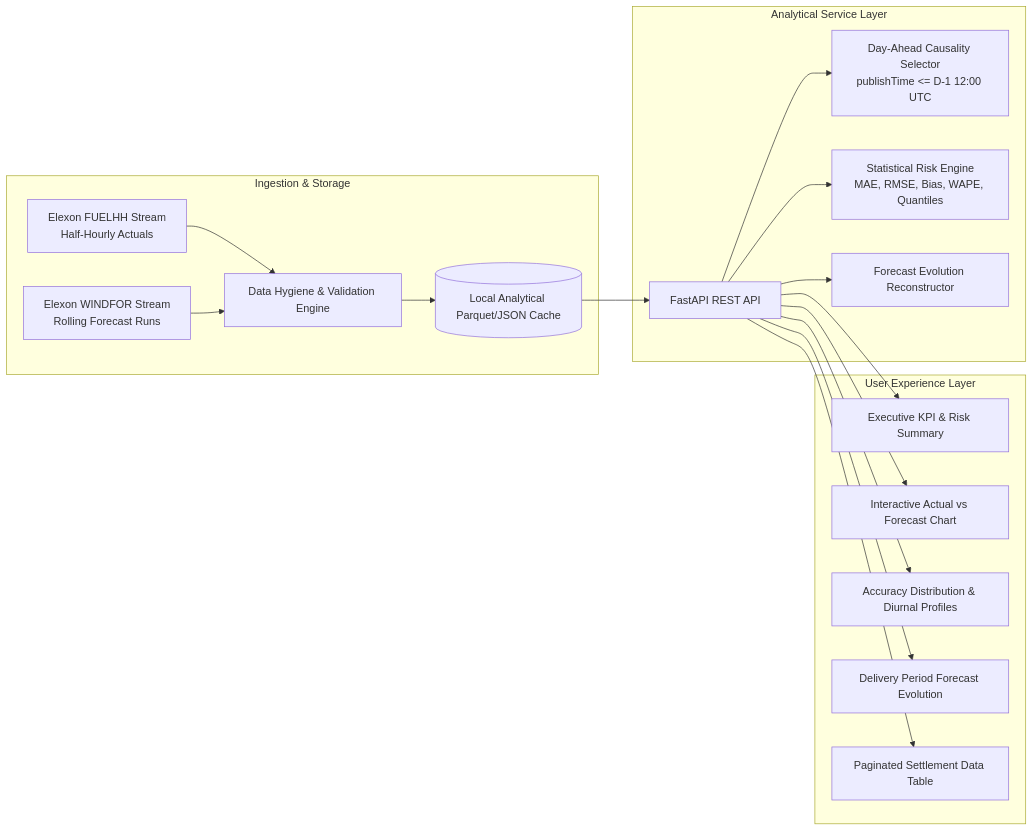
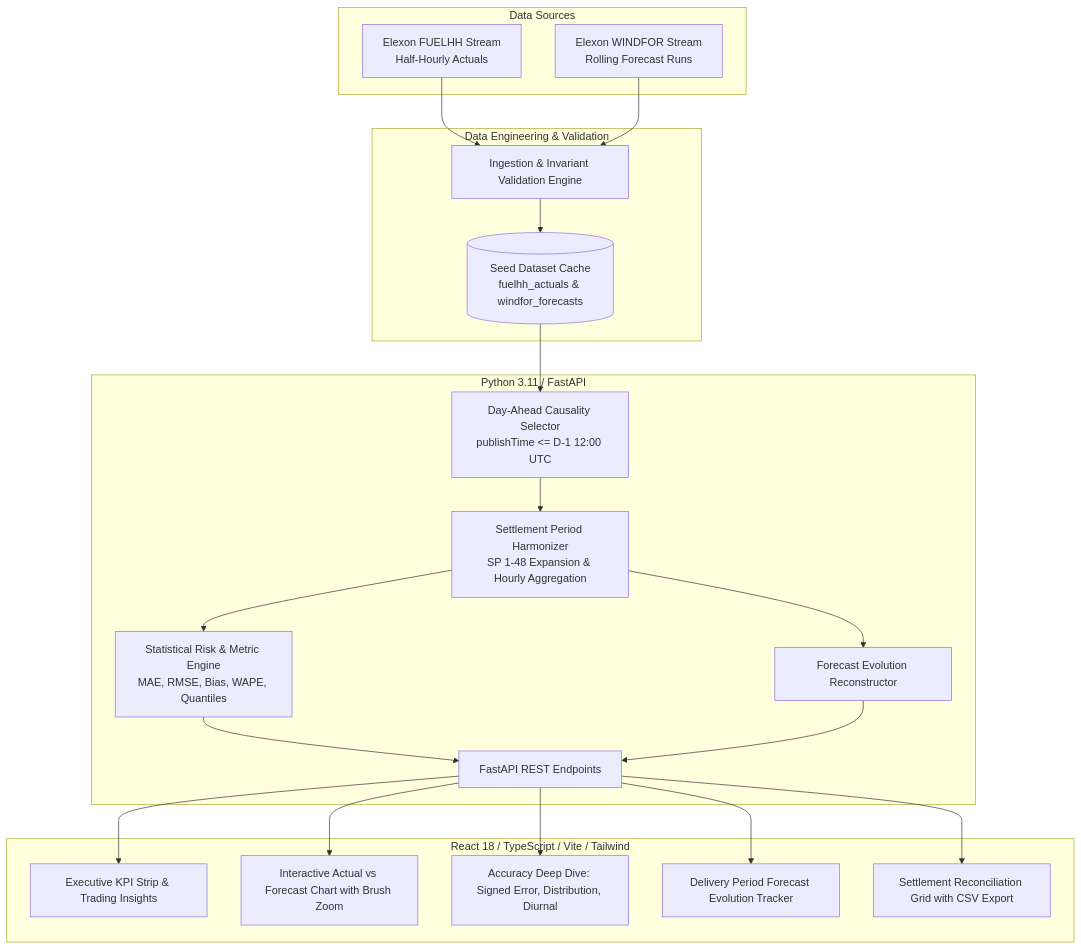
Before and after one commit to viveksingh31722/REint_Energy_Dashboard: the diagram in README.md, drawn with Mermaid. The commit also changed other lines of this file, not shown here.

Commit message:
docs: finalize comprehensive production README with architecture, formulas, and 10-min demo script

````diff
--- a/README.md
+++ b/README.md
@@ -32,23 +34,29 @@
 ```mermaid
-flowchart LR
-    subgraph Ingestion & Storage
-        E1[Elexon FUELHH Stream<br/>Half-Hourly Actuals] --> P1[Data Hygiene & Validation Engine]
-        E2[Elexon WINDFOR Stream<br/>Rolling Forecast Runs] --> P1
-        P1 --> D1[(Local Analytical Parquet/JSON Cache)]
+flowchart TD
+    subgraph Data Sources
+        E1[Elexon FUELHH Stream<br/>Half-Hourly Actuals]
+        E2[Elexon WINDFOR Stream<br/>Rolling Forecast Runs]
     end
 
-    subgraph Analytical Service Layer
-        D1 --> A1[FastAPI REST API]
-        A1 --> M1[Day-Ahead Causality Selector<br/>publishTime <= D-1 12:00 UTC]
-        A1 --> M2[Statistical Risk Engine<br/>MAE, RMSE, Bias, WAPE, Quantiles]
-        A1 --> M3[Forecast Evolution Reconstructor]
+    subgraph Data Engineering & Validation
+        E1 --> V1[Ingestion & Invariant Validation Engine]
+        E2 --> V1
+        V1 --> S1[(Seed Dataset Cache<br/>fuelhh_actuals & windfor_forecasts)]
     end
 
-    subgraph User Experience Layer
-        A1 --> UI1[Executive KPI & Risk Summary]
-        A1 --> UI2[Interactive Actual vs Forecast Chart]
-        A1 --> UI3[Accuracy Distribution & Diurnal Profiles]
-        A1 --> UI4[Delivery Period Forecast Evolution]
-        A1 --> UI5[Paginated Settlement Data Table]
+    subgraph Analytical Backend Engine [Python 3.11 / FastAPI]
+        S1 --> M1[Day-Ahead Causality Selector<br/>publishTime <= D-1 12:00 UTC]
+        M1 --> M2[Settlement Period Harmonizer<br/>SP 1-48 Expansion & Hourly Aggregation]
+        M2 --> M3[Statistical Risk & Metric Engine<br/>MAE, RMSE, Bias, WAPE, Quantiles]
+        M2 --> M4[Forecast Evolution Reconstructor]
+        M3 & M4 --> API[FastAPI REST Endpoints]
+    end
+
+    subgraph Presentation Layer [React 18 / TypeScript / Vite / Tailwind]
+        API --> UI1[Executive KPI Strip & Trading Insights]
+        API --> UI2[Interactive Actual vs Forecast Chart with Brush Zoom]
+        API --> UI3[Accuracy Deep Dive: Signed Error, Distribution, Diurnal]
+        API --> UI4[Delivery Period Forecast Evolution Tracker]
+        API --> UI5[Settlement Reconciliation Grid with CSV Export]
     end
 ```
````
